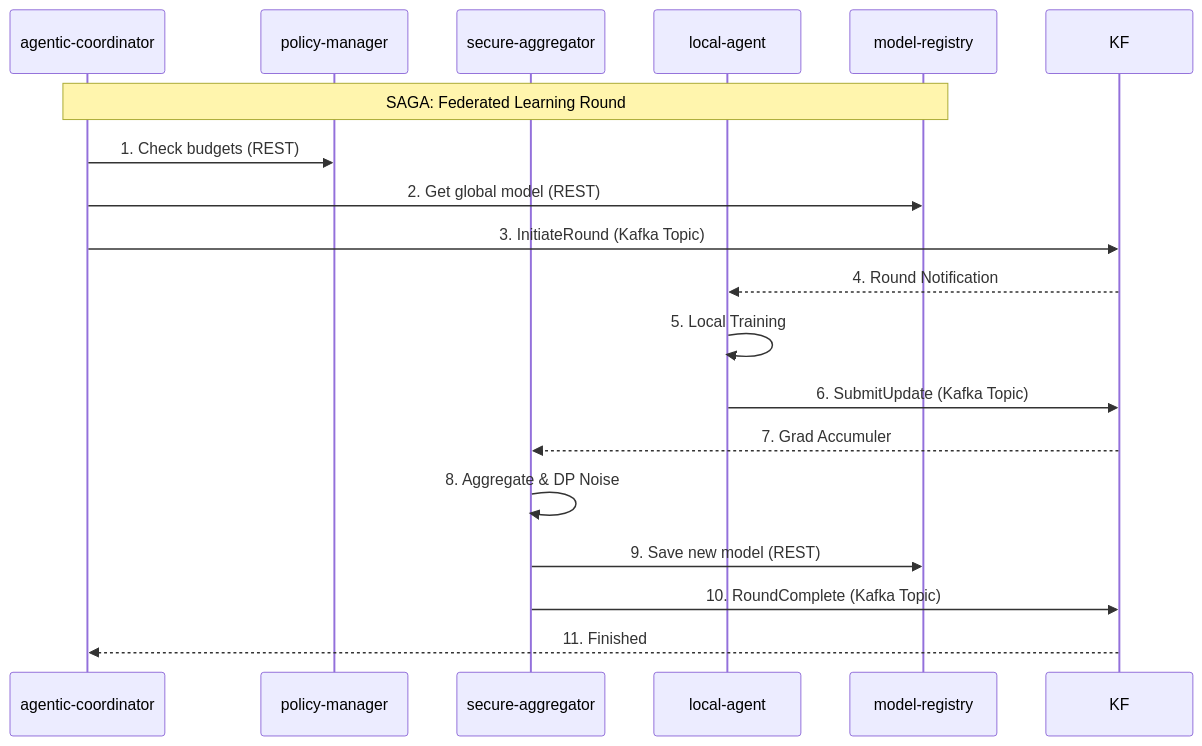
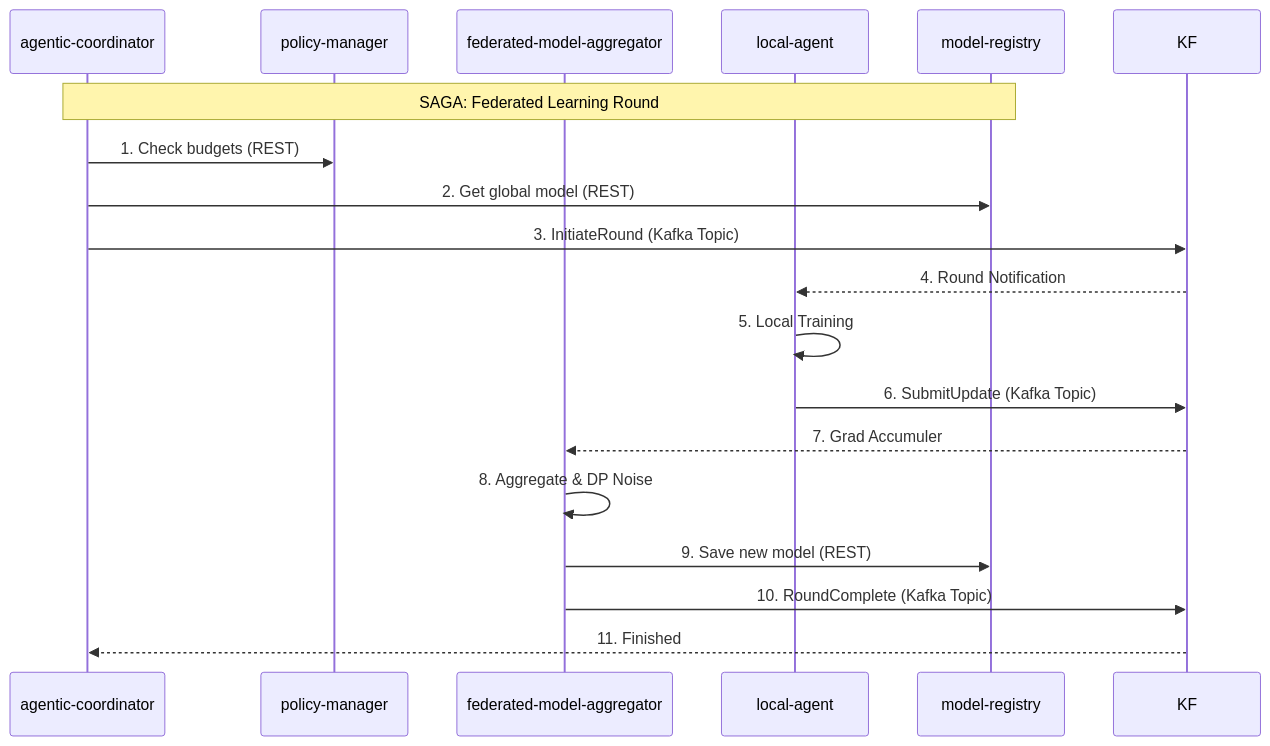
Before and after one commit to dayawansha/agentic-federated-cbdc-fraud-detection: the third of 3 diagrams in doc/status/devPlan.md, drawn with Mermaid. The commit also changed other lines of this file and 30 other files, not shown here.

Commit message:
service name refactored to federated-model-aggregator

````diff
--- a/doc/status/devPlan.md
+++ b/doc/status/devPlan.md
@@ -544,24 +544,24 @@
 ```mermaid
 sequenceDiagram
     participant AC as agentic-coordinator
     participant PM as policy-manager
-    participant SA as secure-aggregator
+    participant SA as federated-model-aggregator
     participant LA as local-agent
     participant MR as model-registry
     
     Note over AC,MR: SAGA: Federated Learning Round
     
     AC->>PM: 1. Check budgets (REST)
     AC->>MR: 2. Get global model (REST)
     
     AC->>KF: 3. InitiateRound (Kafka Topic)
     KF-->>LA: 4. Round Notification
     LA->>LA: 5. Local Training
     LA->>KF: 6. SubmitUpdate (Kafka Topic)
     
     KF-->>SA: 7. Grad Accumuler
     SA->>SA: 8. Aggregate & DP Noise
     SA->>MR: 9. Save new model (REST)
     SA->>KF: 10. RoundComplete (Kafka Topic)
     KF-->>AC: 11. Finished
 ```
````
